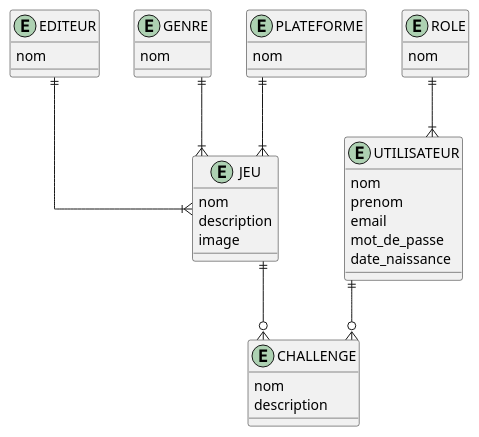
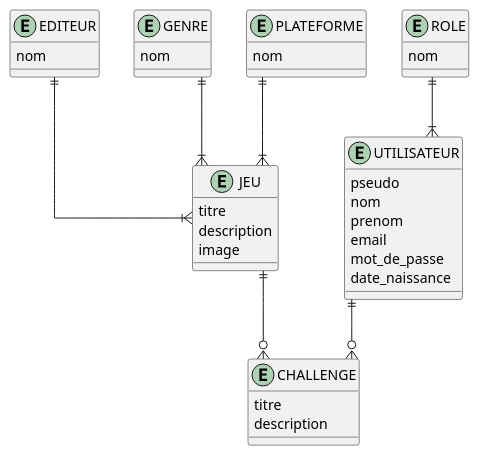
The diagram in Docs/Conception/ERD/ERD.puml (lesliebigot/game-challenge-platform), drawn with PlantUML before and after one commit.

Commit message:
Rename 'nom' to 'titre' in CHALLENGE and JEU entities

```diff
--- a/Docs/Conception/ERD/ERD.puml
+++ b/Docs/Conception/ERD/ERD.puml
@@ -1,46 +1,47 @@
 @startuml
 skinparam linetype ortho
 
 entity UTILISATEUR {
+  pseudo
   nom 
   prenom 
   email 
   mot_de_passe 
   date_naissance 
 }
 
 entity CHALLENGE {
-  nom 
+  titre 
   description
 }
 
 entity JEU {
-  nom
+  titre
   description
   image 
 }
 
 entity EDITEUR {
   nom
 }
 
 entity GENRE {
   nom
 }
 
 entity PLATEFORME {
   nom
 }
 
 entity ROLE {
   nom
 }
 
 
 UTILISATEUR ||--o{ CHALLENGE
 JEU ||--o{ CHALLENGE
 EDITEUR ||--|{ JEU
 GENRE ||--|{ JEU
 PLATEFORME ||--|{ JEU
 ROLE ||--|{ UTILISATEUR
 @enduml
```
